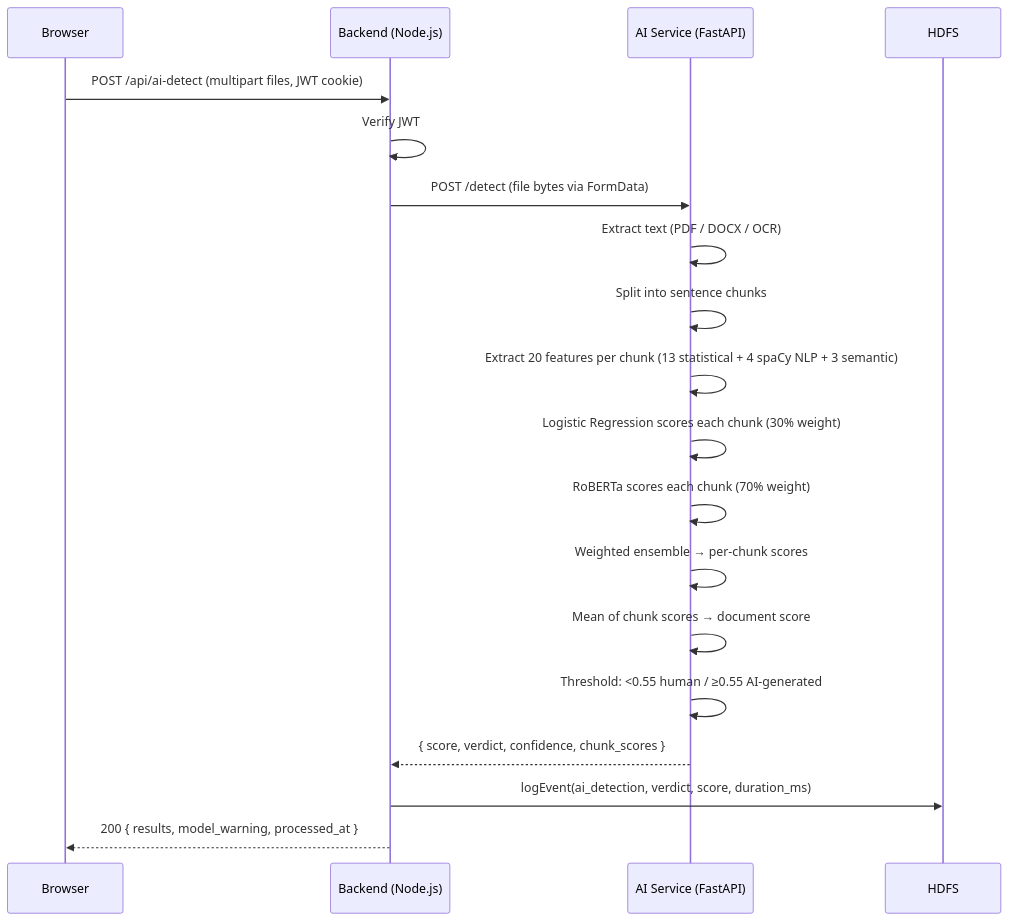
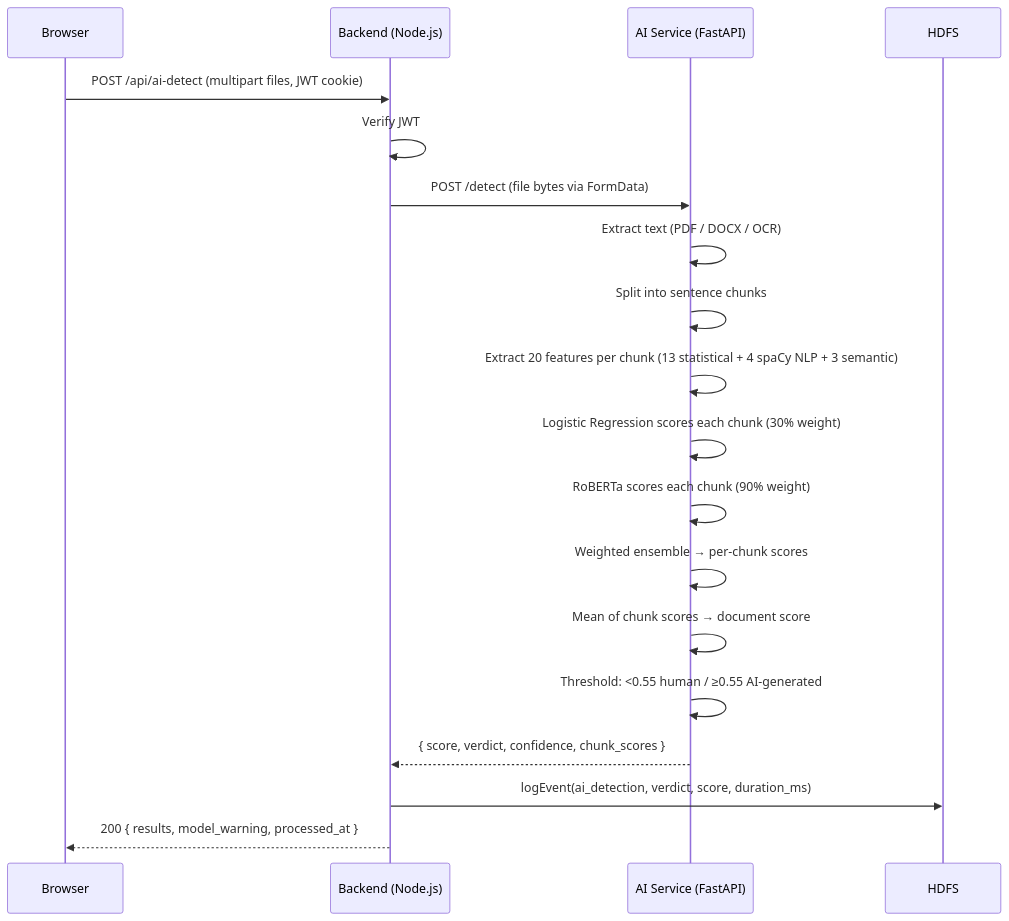
One commit to securitywithhem/vaultiq changed the third of 10 diagrams in README.md. Above: the diagram before and after it, drawn with Mermaid. The commit also changed other lines of this file and 21 other files, not shown here.

````diff
--- a/README.md
+++ b/README.md
@@ -250,21 +250,21 @@
 ```mermaid
 sequenceDiagram
     participant U as Browser
     participant B as Backend (Node.js)
     participant AI as AI Service (FastAPI)
 
     U->>B: POST /api/ai-detect (multipart files, JWT cookie)
     B->>B: Verify JWT
     B->>AI: POST /detect (file bytes via FormData)
     AI->>AI: Extract text (PDF / DOCX / OCR)
     AI->>AI: Split into sentence chunks
     AI->>AI: Extract 20 features per chunk (13 statistical + 4 spaCy NLP + 3 semantic)
     AI->>AI: Logistic Regression scores each chunk (30% weight)
-    AI->>AI: RoBERTa scores each chunk (70% weight)
+    AI->>AI: RoBERTa scores each chunk (90% weight)
     AI->>AI: Weighted ensemble → per-chunk scores
     AI->>AI: Mean of chunk scores → document score
     AI->>AI: Threshold: <0.55 human / ≥0.55 AI-generated
     AI-->>B: { score, verdict, confidence, chunk_scores }
     B->>HDFS: logEvent(ai_detection, verdict, score, duration_ms)
     B-->>U: 200 { results, model_warning, processed_at }
 ```
````
